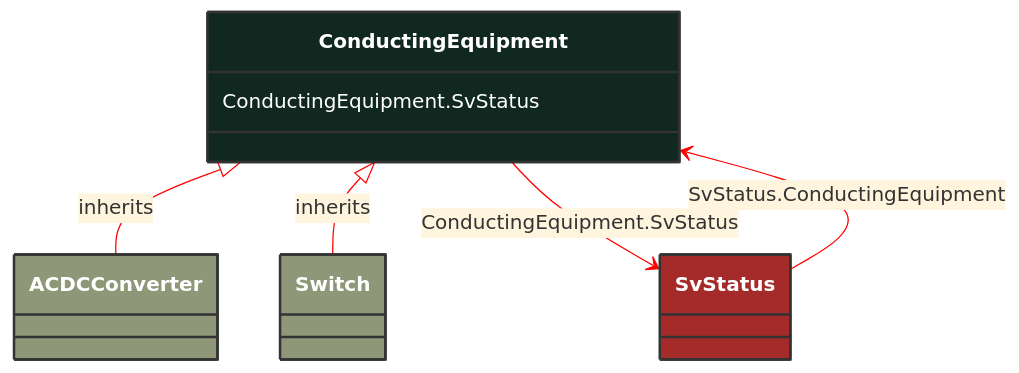
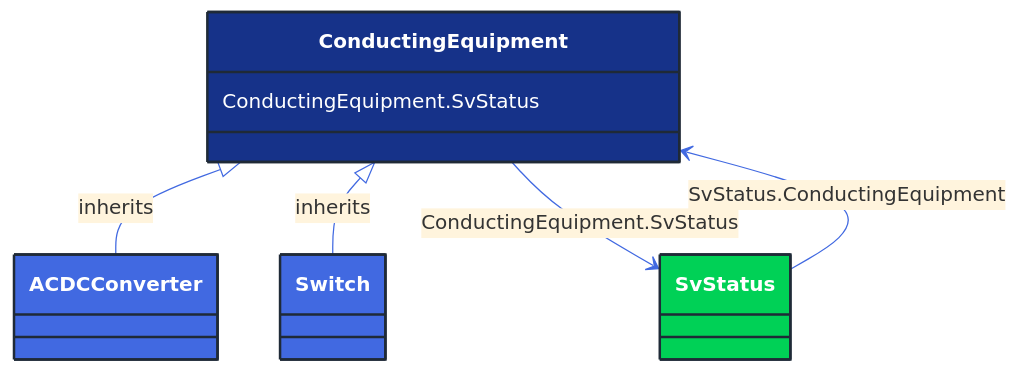
One commit to 3lbits/NoCIMExtensions changed the diagram in docs/Models/Profiles/StateVariables/AbstractClasses/ConductingEquipment.md. Above: the diagram before and after it, drawn with Mermaid. The commit also changed 362 other files, not shown here.

First line of the commit message:
Update diagrams and styles for improved visual consistency

````diff
--- a/docs/Models/Profiles/StateVariables/AbstractClasses/ConductingEquipment.md
+++ b/docs/Models/Profiles/StateVariables/AbstractClasses/ConductingEquipment.md
@@ -10,34 +10,34 @@
 ```mermaid
-%%{init: {'theme':'base','themeVariables': {'lineColor': '#FF0000'}}}%%
+%%{init: {'theme':'base','themeVariables': {'lineColor': '#4169E1'}}}%%
 classDiagram
     class ConductingEquipment
     click ConductingEquipment href "/Models/Profiles/StateVariables/AbstractClasses/ConductingEquipment/"
-    style ConductingEquipment fill:#102820,stroke:#333,stroke-width:2px,rx:10,ry:10,color:white
+    style ConductingEquipment fill:#163289,stroke:#1F2A37,stroke-width:2px,rx:10,ry:10,color:white
 
         ConductingEquipment <|-- ACDCConverter : inherits
 
         ACDCConverter
             click ACDCConverter href "/Models/Profiles/StateVariables/AbstractClasses/ACDCConverter/"
-            style ACDCConverter fill:#8F9779,stroke:#333,stroke-width:2px,rx:10,ry:10,color:white
+            style ACDCConverter fill:#4169E1,stroke:#1F2A37,stroke-width:2px,rx:10,ry:10,color:white
 
         ConductingEquipment <|-- Switch : inherits
 
         Switch
             click Switch href "/Models/Profiles/StateVariables/ConcreteClasses/Switch/"
-            style Switch fill:#8F9779,stroke:#333,stroke-width:2px,rx:10,ry:10,color:white
+            style Switch fill:#4169E1,stroke:#1F2A37,stroke-width:2px,rx:10,ry:10,color:white
 
         ConductingEquipment --> SvStatus : ConductingEquipment.SvStatus
 
         SvStatus
             click SvStatus href "/Models/Profiles/StateVariables/ConcreteClasses/SvStatus/"
-            style SvStatus fill:#A52A2A,stroke:#333,stroke-width:2px,rx:10,ry:10,color:white
+            style SvStatus fill:#00D156,stroke:#1F2A37,stroke-width:2px,rx:10,ry:10,color:white
 
         SvStatus --> ConductingEquipment : SvStatus.ConductingEquipment
 
         SvStatus
             click SvStatus href "/Models/Profiles/StateVariables/ConcreteClasses/SvStatus/"
-            style SvStatus fill:#A52A2A,stroke:#333,stroke-width:2px,rx:10,ry:10,color:white
+            style SvStatus fill:#00D156,stroke:#1F2A37,stroke-width:2px,rx:10,ry:10,color:white
 
 
         ConductingEquipment : ConductingEquipment.SvStatus
 ```
````
